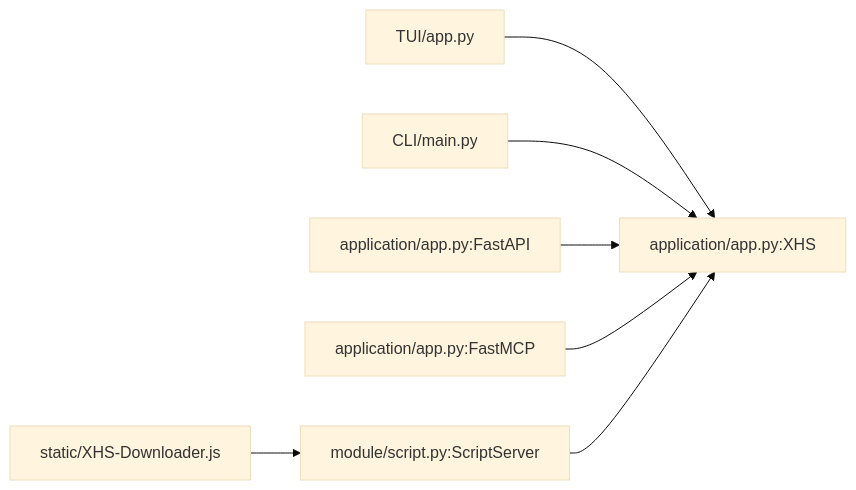
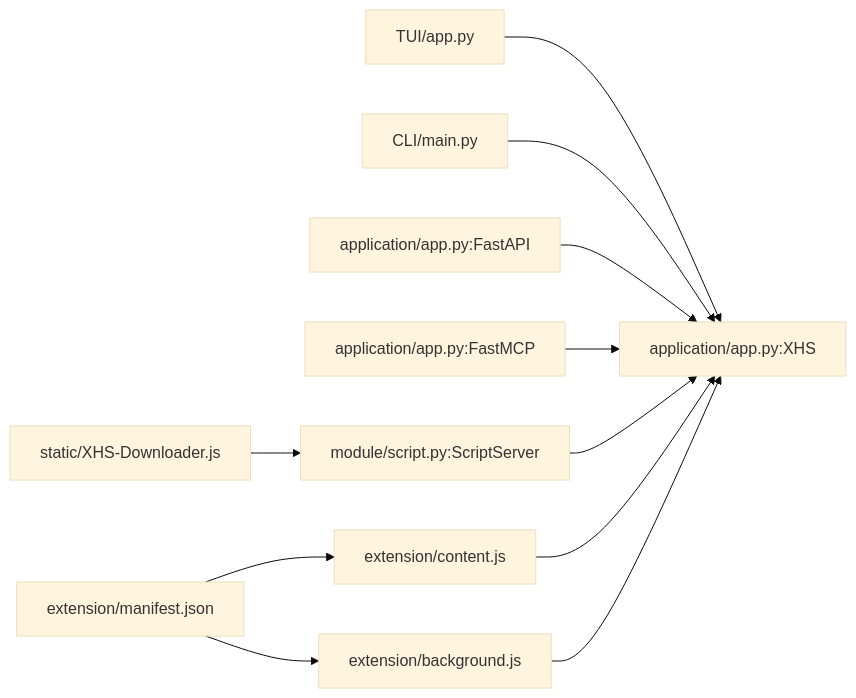
Before and after one commit to KY-2000/XHS-Downloader: the ninth of 9 diagrams in .qoder/repowiki/en/content/User Interfaces/User Interfaces.md, drawn with Mermaid (base theme). The commit also changed other lines of this file and 3 other files, not shown here.

````diff
--- a/.qoder/repowiki/en/content/User Interfaces/User Interfaces.md
+++ b/.qoder/repowiki/en/content/User Interfaces/User Interfaces.md
@@ -409,9 +549,13 @@
 ```mermaid
 graph LR
 GUI["TUI/app.py"] --> Core["application/app.py:XHS"]
 CLI["CLI/main.py"] --> Core
 API["application/app.py:FastAPI"] --> Core
 MCP["application/app.py:FastMCP"] --> Core
 Script["module/script.py:ScriptServer"] --> Core
 Browser["static/XHS-Downloader.js"] --> Script
+Extension["extension/manifest.json"] --> Content["extension/content.js"]
+Extension --> Background["extension/background.js"]
+Content --> Core
+Background --> Core
 ```
````
